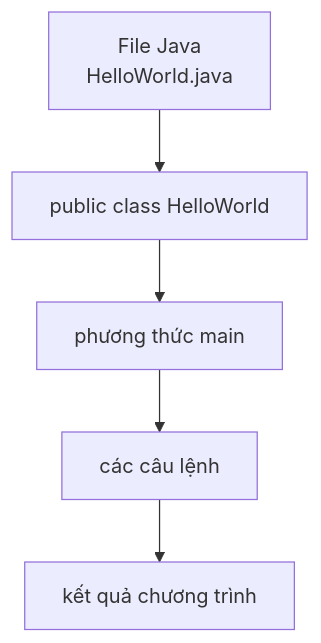
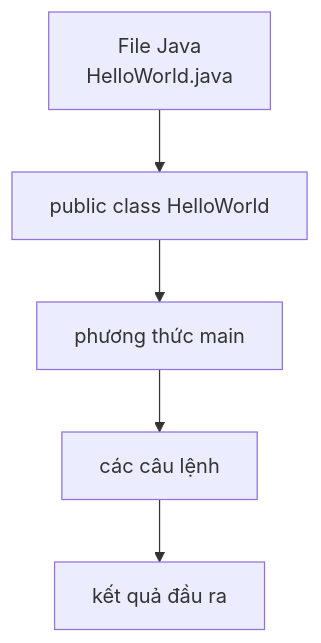
The diagram in vi/02-basic-syntax/README.md (PhuThien2005/theoretical-of-java-core), drawn with Mermaid before and after one commit. The commit also changed other lines of this file and 229 other files, not shown here.

````diff
--- a/vi/02-basic-syntax/README.md
+++ b/vi/02-basic-syntax/README.md
@@ -33,7 +33,7 @@
 ```mermaid
 flowchart TD
     A[File Java<br>HelloWorld.java] --> B[public class HelloWorld]
     B --> C[phương thức main]
     C --> D[các câu lệnh]
-    D --> E[kết quả chương trình]
+    D --> E[kết quả đầu ra]
 ```
````
